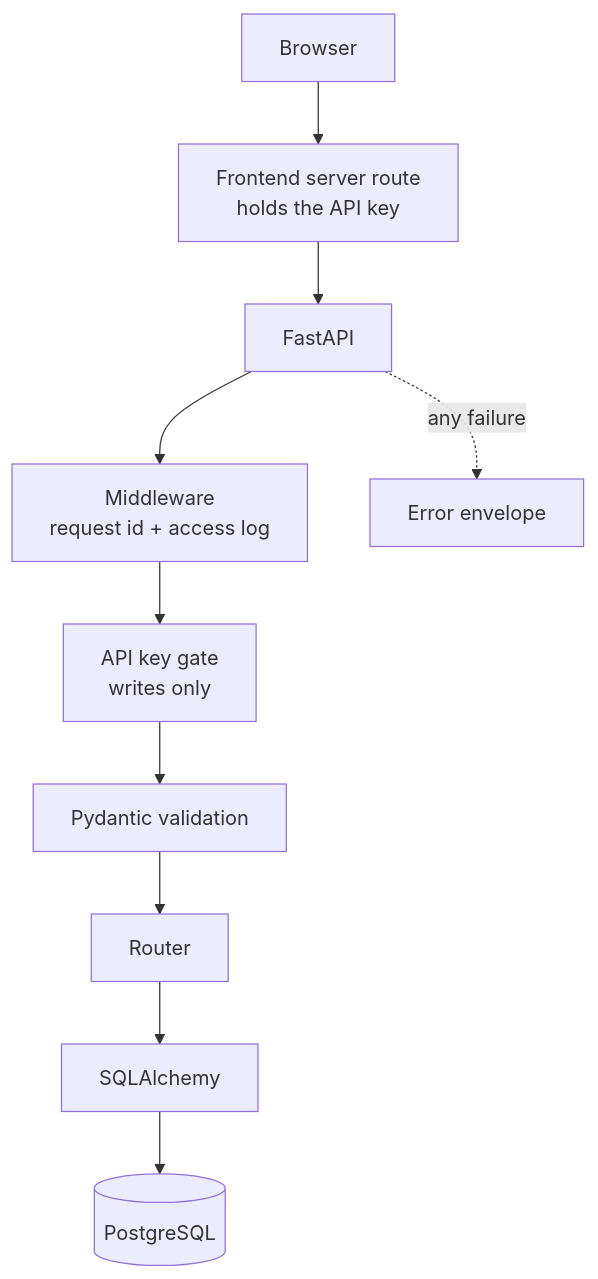
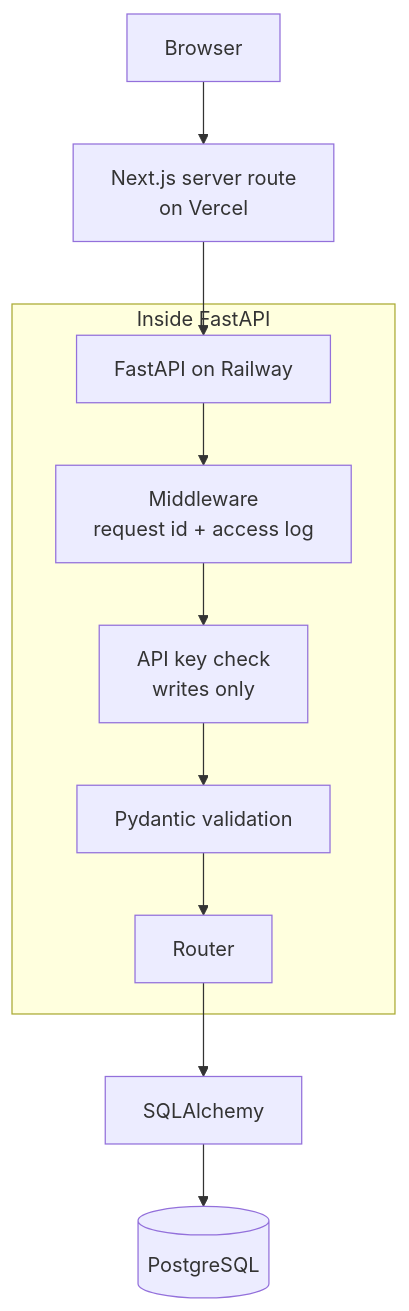
The diagram in docs/DESIGN.md (dubalronil/fastapi-task-api), drawn with Mermaid before and after one commit. The commit also changed other lines of this file, not shown here.

Commit message:
docs: rewrite DESIGN.md as a high-level architecture overview

````diff
--- a/docs/DESIGN.md
+++ b/docs/DESIGN.md
@@ -8,12 +9,15 @@
 ```mermaid
 flowchart TD
-    Browser[Browser] --> Frontend[Frontend server route<br/>holds the API key]
-    Frontend --> App[FastAPI]
-    App --> MW[Middleware<br/>request id + access log]
-    MW --> Key[API key gate<br/>writes only]
-    Key --> Valid[Pydantic validation]
-    Valid --> Router[Router]
+    Browser[Browser] --> Next[Next.js server route<br/>on Vercel]
+    Next --> API[FastAPI on Railway]
+
+    subgraph Inside FastAPI
+        API --> MW[Middleware<br/>request id + access log]
+        MW --> Key[API key check<br/>writes only]
+        Key --> Valid[Pydantic validation]
+        Valid --> Router[Router]
+    end
+
     Router --> ORM[SQLAlchemy]
     ORM --> DB[(PostgreSQL)]
-    App -. any failure .-> Err[Error envelope]
 ```
````
